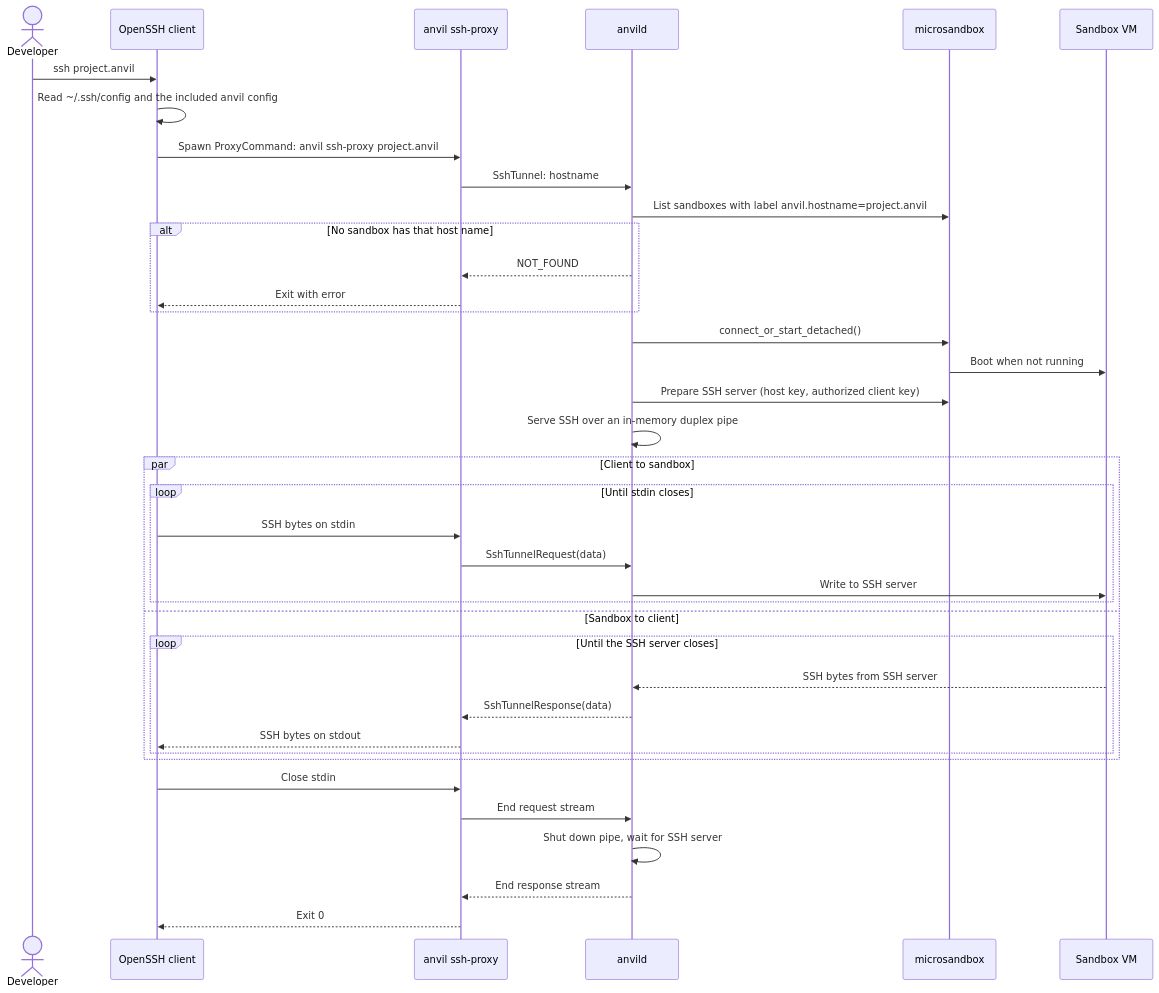
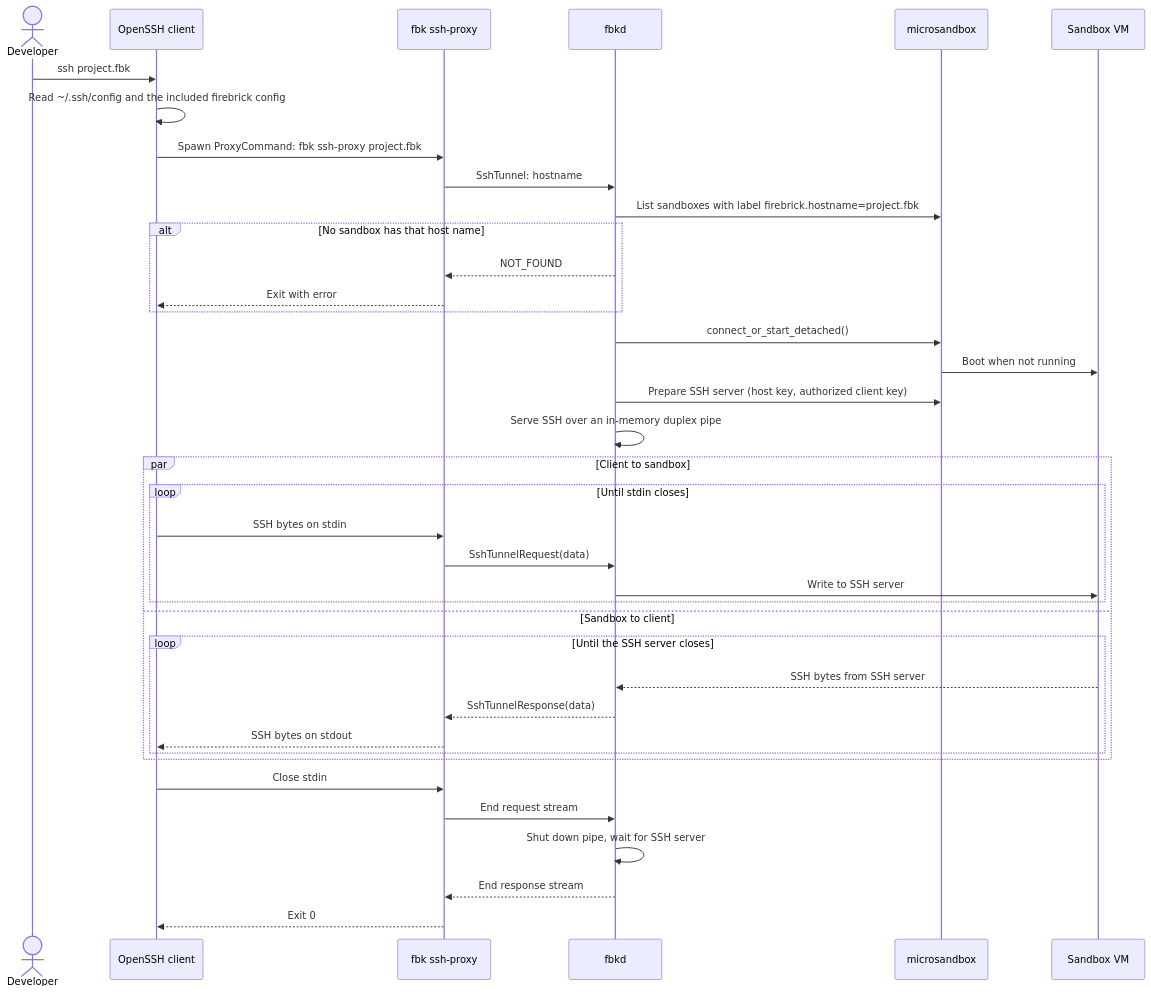
The sixth of 6 diagrams in docs/architecture/06-runtime-view.md (wmeints/anvil), drawn with Mermaid before and after one commit. The commit also changed other lines of this file and 57 other files, not shown here.

First line of the commit message:
refactor: rename anvil to firebrick

````diff
--- a/docs/architecture/06-runtime-view.md
+++ b/docs/architecture/06-runtime-view.md
@@ -343,43 +344,43 @@
 ```mermaid
 sequenceDiagram
     actor Dev as Developer
     participant SSHC as OpenSSH client
-    participant CLI as anvil ssh-proxy
-    participant D as anvild
+    participant CLI as fbk ssh-proxy
+    participant D as fbkd
     participant MS as microsandbox
     participant VM as Sandbox VM
 
-    Dev->>SSHC: ssh project.anvil
-    SSHC->>SSHC: Read ~/.ssh/config and the included anvil config
-    SSHC->>CLI: Spawn ProxyCommand: anvil ssh-proxy project.anvil
+    Dev->>SSHC: ssh project.fbk
+    SSHC->>SSHC: Read ~/.ssh/config and the included firebrick config
+    SSHC->>CLI: Spawn ProxyCommand: fbk ssh-proxy project.fbk
     CLI->>D: SshTunnel: hostname
-    D->>MS: List sandboxes with label anvil.hostname=project.anvil
+    D->>MS: List sandboxes with label firebrick.hostname=project.fbk
     alt No sandbox has that host name
         D-->>CLI: NOT_FOUND
         CLI-->>SSHC: Exit with error
     end
     D->>MS: connect_or_start_detached()
     MS->>VM: Boot when not running
     D->>MS: Prepare SSH server (host key, authorized client key)
     D->>D: Serve SSH over an in-memory duplex pipe
 
     par Client to sandbox
         loop Until stdin closes
             SSHC->>CLI: SSH bytes on stdin
             CLI->>D: SshTunnelRequest(data)
             D->>VM: Write to SSH server
         end
     and Sandbox to client
         loop Until the SSH server closes
             VM-->>D: SSH bytes from SSH server
             D-->>CLI: SshTunnelResponse(data)
             CLI-->>SSHC: SSH bytes on stdout
         end
     end
 
     SSHC->>CLI: Close stdin
     CLI->>D: End request stream
     D->>D: Shut down pipe, wait for SSH server
     D-->>CLI: End response stream
     CLI-->>SSHC: Exit 0
 ```
````
